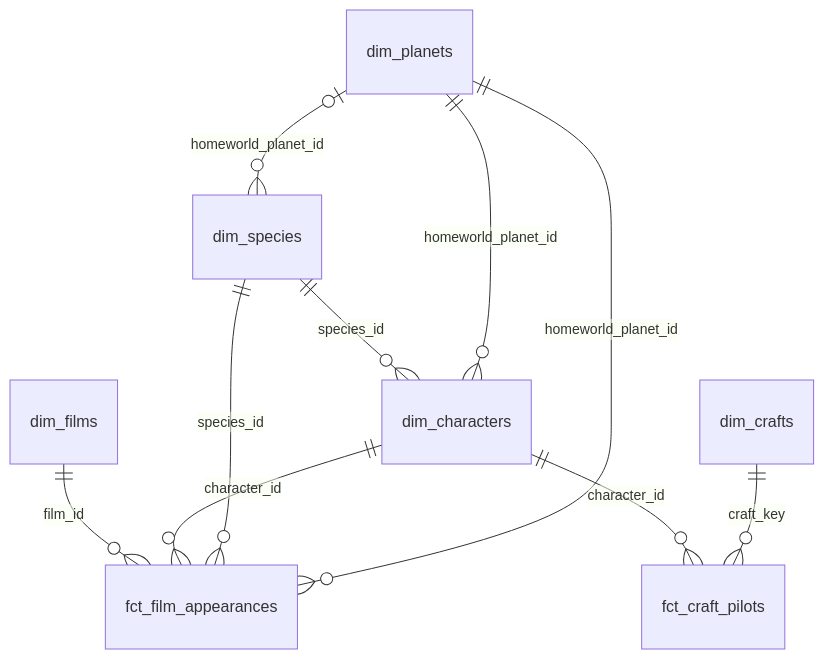
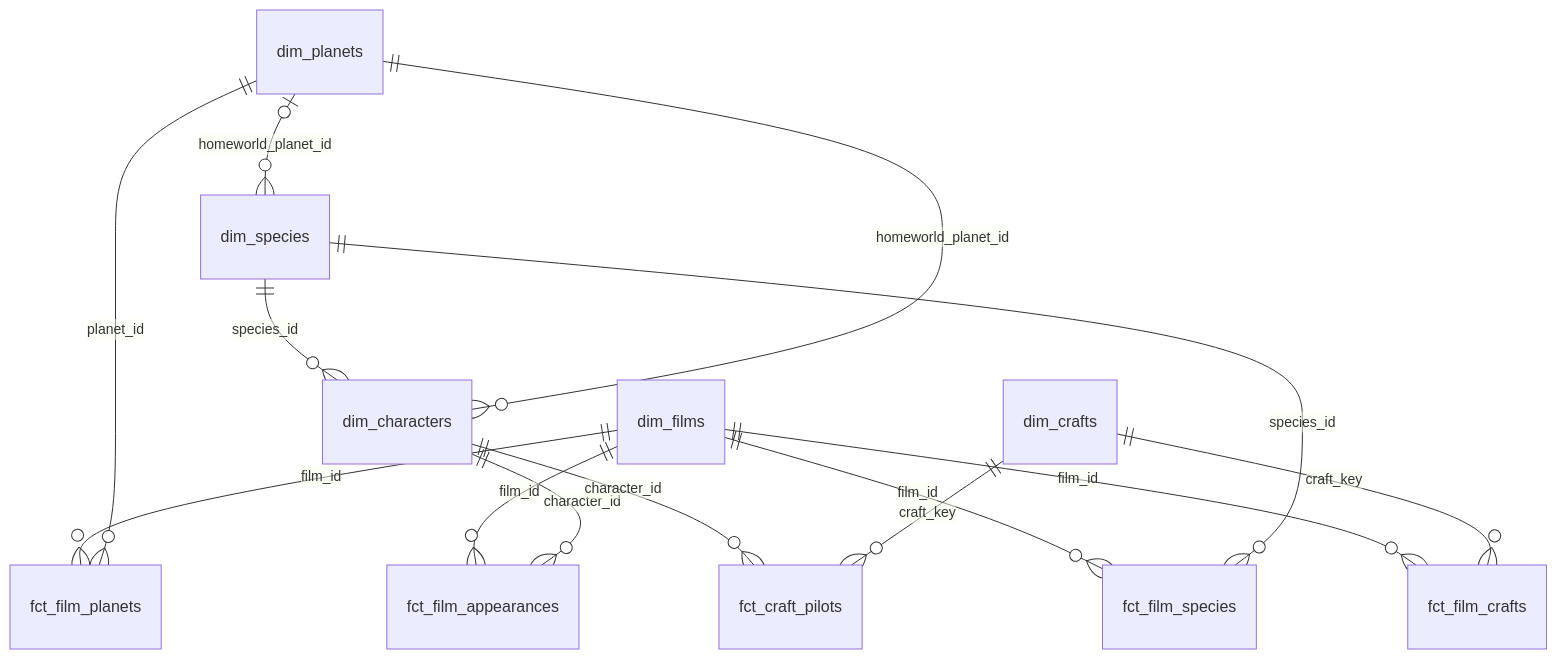
Before and after one commit to hugonorberg653/starwars_dataplatform: the diagram in .github/docs/data-model.md, drawn with Mermaid. The commit also changed other lines of this file and 47 other files, not shown here.

````diff
--- a/.github/docs/data-model.md
+++ b/.github/docs/data-model.md
@@ -112,12 +114,16 @@
 ```mermaid
 erDiagram
     dim_films       ||--o{ fct_film_appearances : "film_id"
     dim_characters  ||--o{ fct_film_appearances : "character_id"
-    dim_species     ||--o{ fct_film_appearances : "species_id"
-    dim_planets     ||--o{ fct_film_appearances : "homeworld_planet_id"
+    dim_films       ||--o{ fct_film_planets     : "film_id"
+    dim_planets     ||--o{ fct_film_planets     : "planet_id"
+    dim_films       ||--o{ fct_film_species     : "film_id"
+    dim_species     ||--o{ fct_film_species     : "species_id"
+    dim_films       ||--o{ fct_film_crafts      : "film_id"
+    dim_crafts      ||--o{ fct_film_crafts      : "craft_key"
     dim_characters  ||--o{ fct_craft_pilots     : "character_id"
     dim_crafts      ||--o{ fct_craft_pilots     : "craft_key"
     dim_species     ||--o{ dim_characters       : "species_id"
     dim_planets     ||--o{ dim_characters       : "homeworld_planet_id"
     dim_planets     |o--o{ dim_species          : "homeworld_planet_id"
 ```
````
